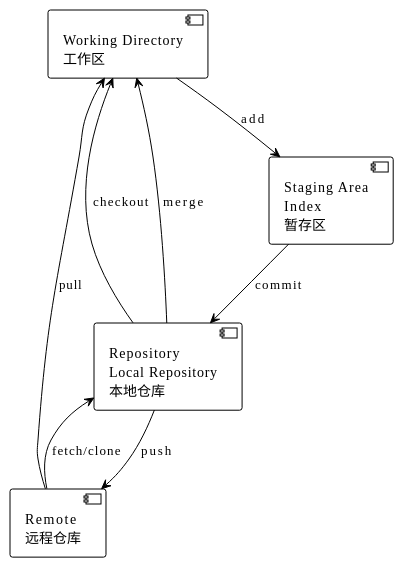
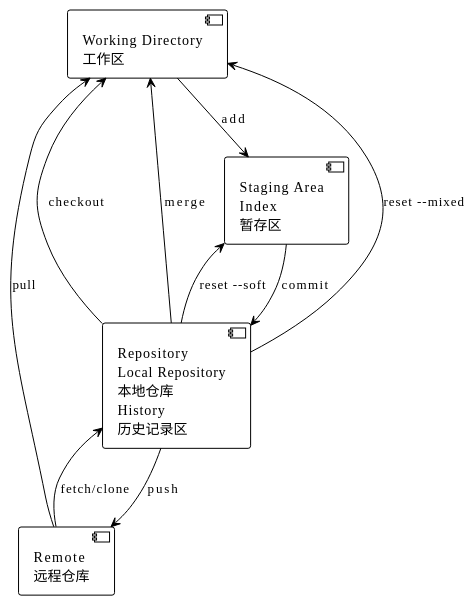
The diagram in content/post/archive-3/git.md (wiloon/blog), drawn with PlantUML before and after one commit. The commit also changed other lines of this file and 10 other files, not shown here.

````diff
--- a/content/post/archive-3/git.md
+++ b/content/post/archive-3/git.md
@@ -13,16 +13,18 @@
 ```puml
 @startuml
 !theme plain
 [Working Directory\n工作区] as work
 [Staging Area\nIndex\n暂存区] as stage
 work --> stage: add
-[Repository\nLocal Repository\n本地仓库] as repo
+[Repository\nLocal Repository\n本地仓库\nHistory\n历史记录区] as repo
 stage --> repo: commit
 [Remote\n远程仓库] as remote
 repo --> remote: push
 work <-- remote: pull
 remote --> repo: fetch/clone
 repo --> work: checkout
 repo --> work: merge
+repo --> stage: reset --soft
+repo --> work: reset --mixed
 @enduml
 ```
````
